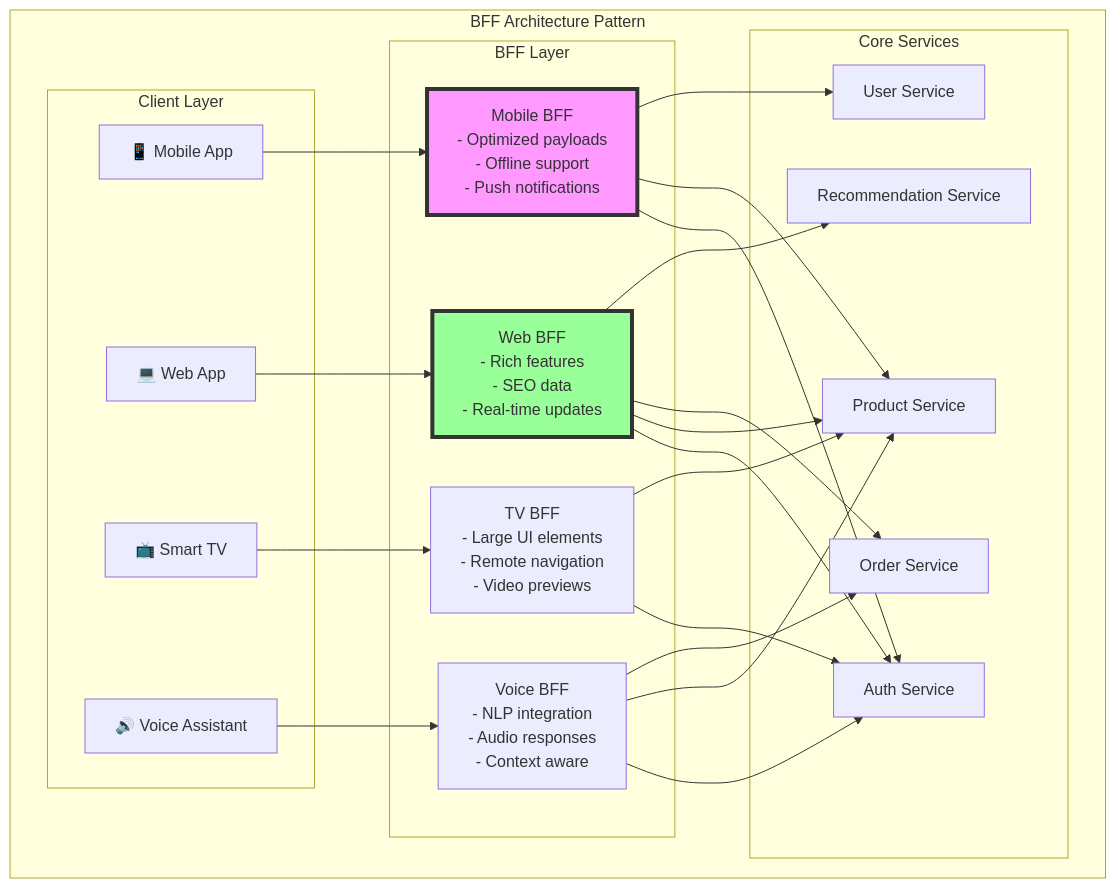
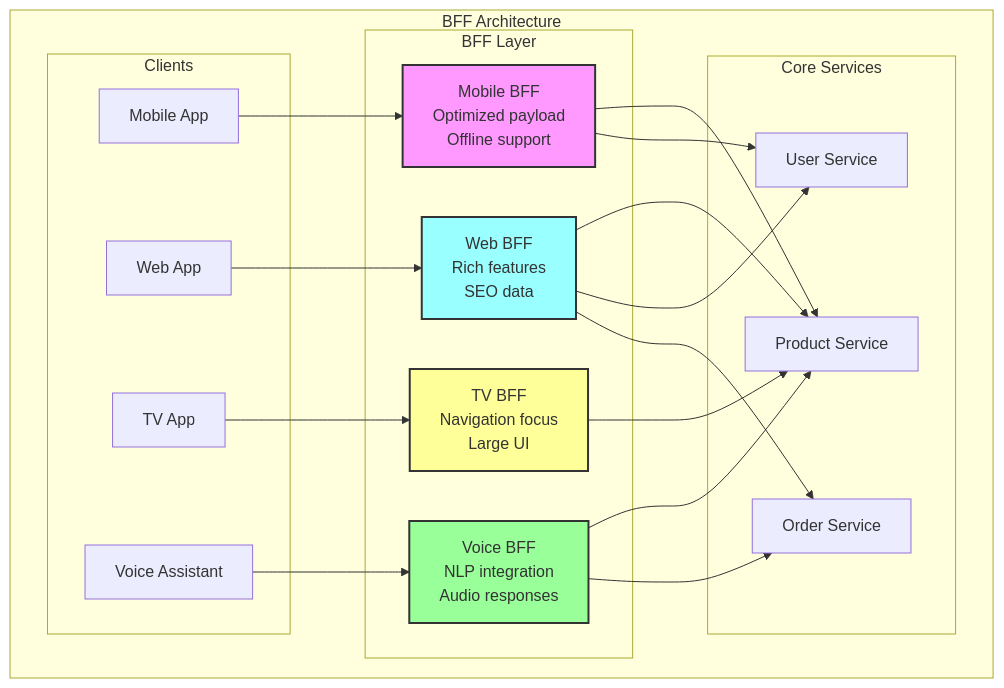
The second of 4 diagrams in docs/pattern-library/architecture/backends-for-frontends.md (deepaucksharma/DStudio), drawn with Mermaid before and after one commit. The commit also changed other lines of this file and 92 other files, not shown here.

````diff
--- a/docs/pattern-library/architecture/backends-for-frontends.md
+++ b/docs/pattern-library/architecture/backends-for-frontends.md
@@ -237,50 +121,43 @@
 ```mermaid
 graph TB
-    subgraph "BFF Architecture Pattern"
-        subgraph "Client Layer"
-            Mobile[📱 Mobile App]
-            Web[💻 Web App]
-            TV[📺 Smart TV]
-            Voice[🔊 Voice Assistant]
+    subgraph "BFF Architecture"
+        subgraph "Clients"
+            M[Mobile App]
+            W[Web App]
+            T[TV App]
+            V[Voice Assistant]
         end
         
         subgraph "BFF Layer"
-            MobileBFF[Mobile BFF<br/>- Optimized payloads<br/>- Offline support<br/>- Push notifications]
-            WebBFF[Web BFF<br/>- Rich features<br/>- SEO data<br/>- Real-time updates]
-            TVBFF[TV BFF<br/>- Large UI elements<br/>- Remote navigation<br/>- Video previews]
-            VoiceBFF[Voice BFF<br/>- NLP integration<br/>- Audio responses<br/>- Context aware]
+            MB[Mobile BFF<br/>Optimized payload<br/>Offline support]
+            WB[Web BFF<br/>Rich features<br/>SEO data]
+            TB[TV BFF<br/>Navigation focus<br/>Large UI]
+            VB[Voice BFF<br/>NLP integration<br/>Audio responses]
         end
         
         subgraph "Core Services"
-            Auth[Auth Service]
-            Product[Product Service]
-            Order[Order Service]
-            User[User Service]
-            Recommend[Recommendation Service]
+            PS[Product Service]
+            US[User Service]
+            OS[Order Service]
         end
         
-        Mobile --> MobileBFF
-        Web --> WebBFF
-        TV --> TVBFF
-        Voice --> VoiceBFF
+        M --> MB
+        W --> WB
+        T --> TB
+        V --> VB
         
-        MobileBFF --> Auth
-        MobileBFF --> Product
-        MobileBFF --> User
-        
-        WebBFF --> Auth
-        WebBFF --> Product
-        WebBFF --> Order
-        WebBFF --> Recommend
-        
-        TVBFF --> Auth
-        TVBFF --> Product
-        
-        VoiceBFF --> Auth
-        VoiceBFF --> Product
-        VoiceBFF --> Order
+        MB --> PS
+        MB --> US
+        WB --> PS
+        WB --> US
+        WB --> OS
+        TB --> PS
+        VB --> PS
+        VB --> OS
     end
     
-    style MobileBFF fill:#f9f,stroke:#333,stroke-width:4px
-    style WebBFF fill:#9f9,stroke:#333,stroke-width:4px
+    style MB fill:#f9f,stroke:#333,stroke-width:2px
+    style WB fill:#9ff,stroke:#333,stroke-width:2px
+    style TB fill:#ff9,stroke:#333,stroke-width:2px
+    style VB fill:#9f9,stroke:#333,stroke-width:2px
 ```
````
